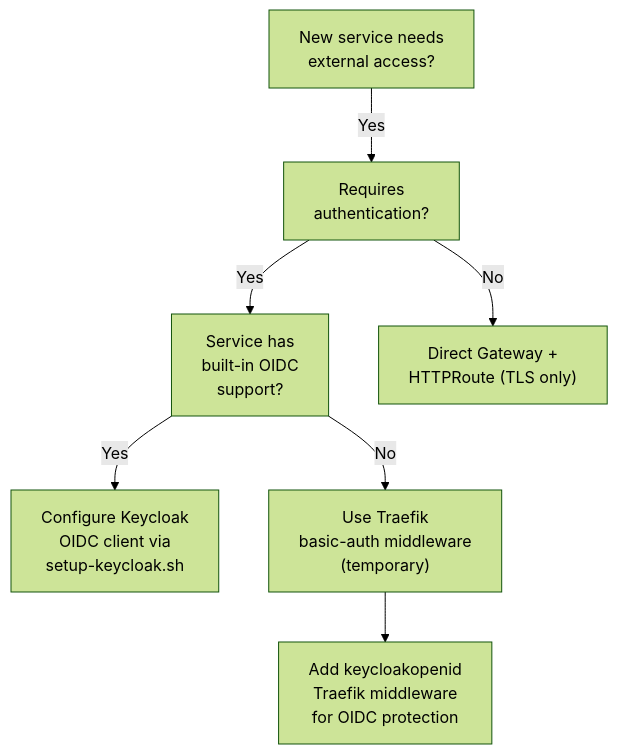
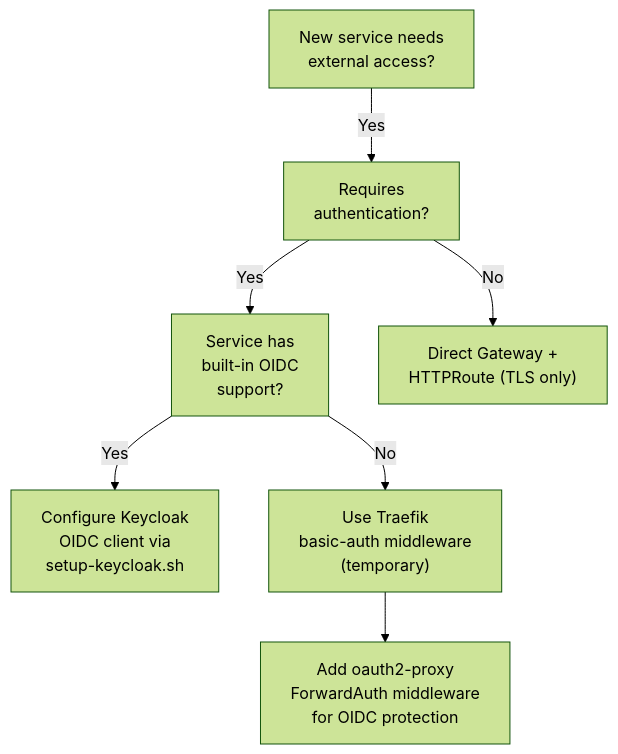
One commit to derhornspieler/harvester-rke2-platform changed the ninth of 11 diagrams in docs/engineering/security-architecture.md. Above: the diagram before and after it, drawn with Mermaid (forest theme). The commit also changed other lines of this file and 38 other files, not shown here.

````diff
--- a/docs/engineering/security-architecture.md
+++ b/docs/engineering/security-architecture.md
@@ -908,17 +915,17 @@
 ```mermaid
 flowchart TD
     Start["New service needs<br/>external access?"]
     HasOIDC["Service has<br/>built-in OIDC<br/>support?"]
     UseOIDC["Configure Keycloak<br/>OIDC client via<br/>setup-keycloak.sh"]
     UseBasicAuth["Use Traefik<br/>basic-auth middleware<br/>(temporary)"]
-    PlannedFA["Add keycloakopenid<br/>Traefik middleware<br/>for OIDC protection"]
+    PlannedFA["Add oauth2-proxy<br/>ForwardAuth middleware<br/>for OIDC protection"]
     NeedsAuth["Requires<br/>authentication?"]
     NoAuth["Direct Gateway +<br/>HTTPRoute (TLS only)"]
 
     Start -->|Yes| NeedsAuth
     NeedsAuth -->|Yes| HasOIDC
     NeedsAuth -->|No| NoAuth
     HasOIDC -->|Yes| UseOIDC
     HasOIDC -->|No| UseBasicAuth
     UseBasicAuth --> PlannedFA
 ```
````
